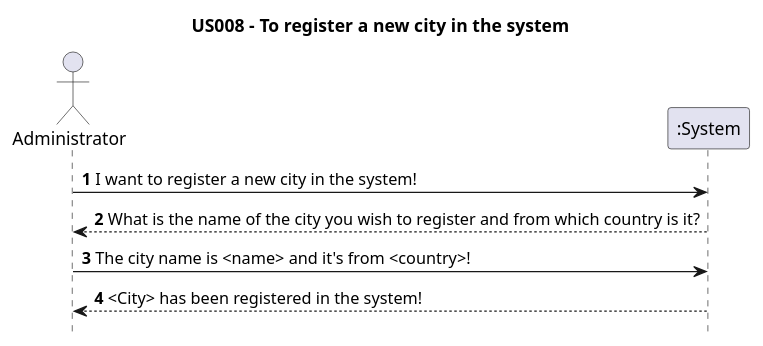
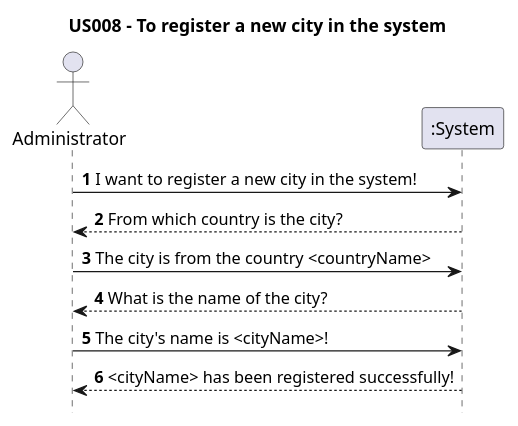
The diagram in Diagrams/SequenceDiagrams/N1/US008-to-register-a-new-city-in-the-system.puml (AndrePereiraGitH/SWitCH-Project-Team_A), drawn with PlantUML before and after one commit. The commit also changed 4 other files, not shown here.

```diff
--- a/Diagrams/SequenceDiagrams/N1/US008-to-register-a-new-city-in-the-system.puml
+++ b/Diagrams/SequenceDiagrams/N1/US008-to-register-a-new-city-in-the-system.puml
@@ -1,15 +1,17 @@
 @startuml
 
 hide footbox
 
 title US008 - To register a new city in the system
 
 actor Administrator
 participant ":System" as System
 
 'Human Interactions between Administrator and System
 Administrator -> System : **1** I want to register a new city in the system!
-System --> Administrator : **2** What is the name of the city you wish to register and from which country is it?
-Administrator -> System : **3** The city name is <name> and it's from <country>!
-System --> Administrator : **4** <City> has been registered in the system!
+System --> Administrator : **2** From which country is the city?
+Administrator -> System : **3** The city is from the country <countryName>
+System --> Administrator : **4** What is the name of the city?
+Administrator -> System : **5** The city's name is <cityName>!
+System --> Administrator : **6** <cityName> has been registered successfully!
 @enduml
```
